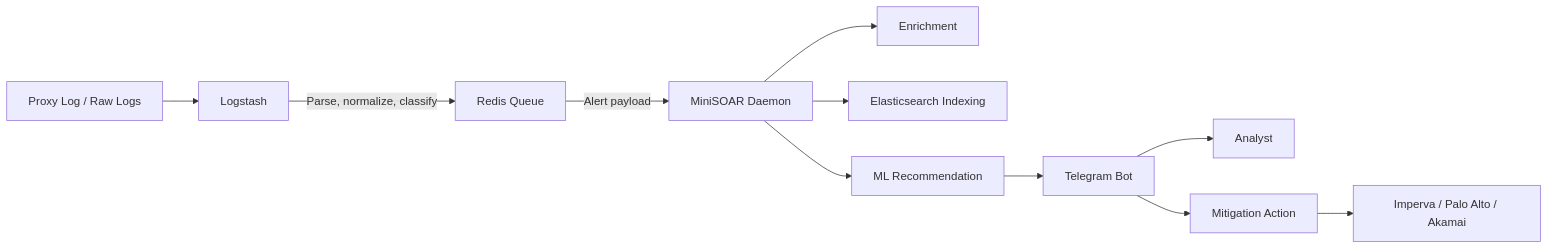
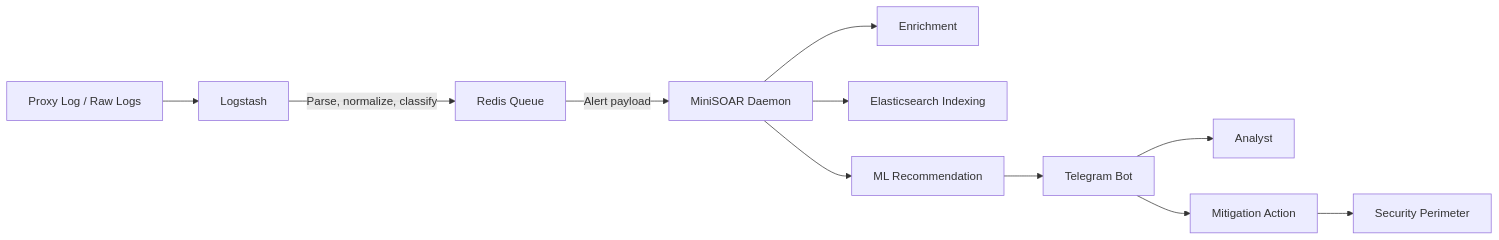
One commit to one-b1t/Mini-SOAR changed the diagram in Readme.md. Above: the diagram before and after it, drawn with Mermaid. The commit also changed other lines of this file, not shown here.

````diff
--- a/Readme.md
+++ b/Readme.md
@@ -76,13 +78,13 @@
 ```mermaid
 flowchart LR
     A[Proxy Log / Raw Logs] --> B[Logstash]
     B -->|Parse, normalize, classify| C[Redis Queue]
     C -->|Alert payload| D[MiniSOAR Daemon]
     D --> E[Enrichment]
     D --> F[Elasticsearch Indexing]
     D --> G[ML Recommendation]
     G --> H[Telegram Bot]
     H --> I[Analyst]
     H --> J[Mitigation Action]
-    J --> K[Imperva / Palo Alto / Akamai]
+    J --> K[Security Perimeter]
 ```
````
